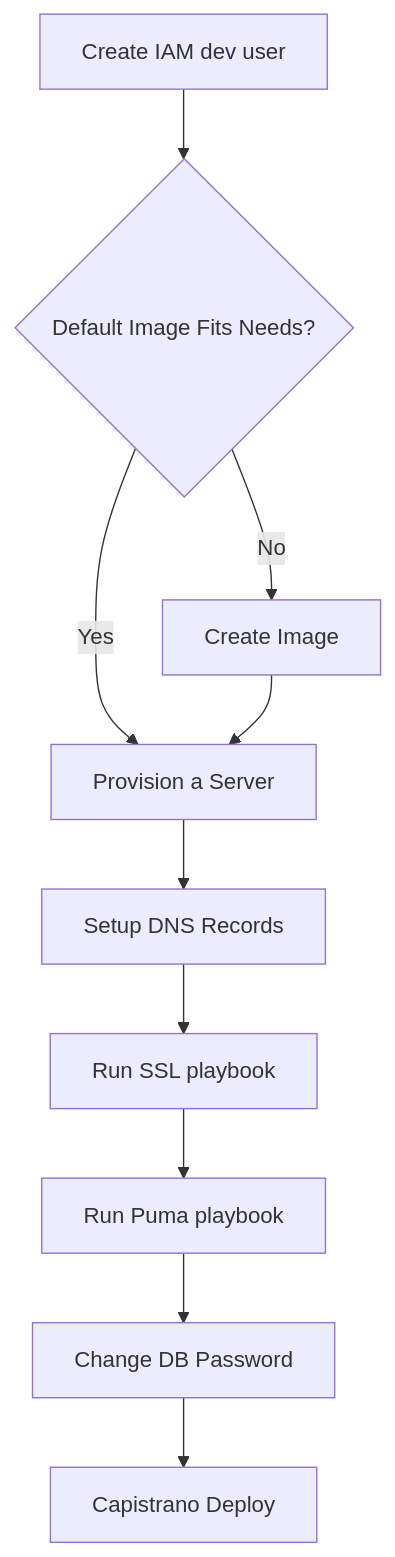
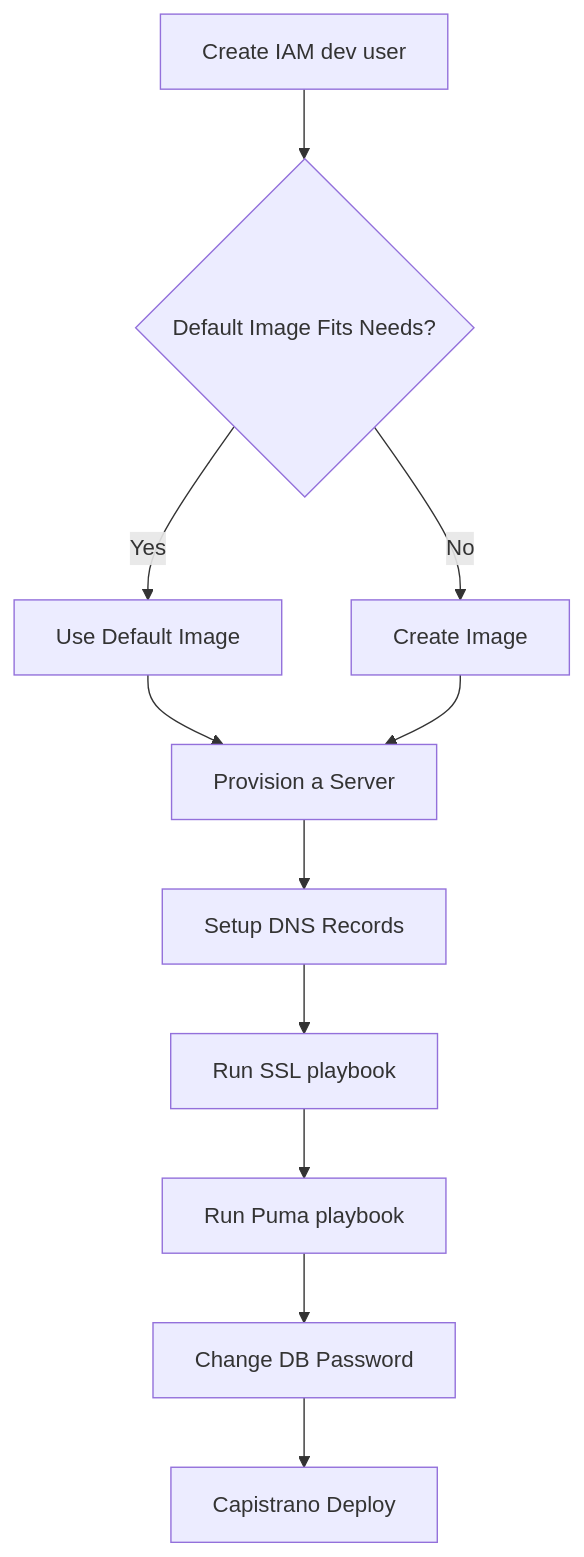
Before and after one commit to bparanj/hivegrid.dev: the seventh of 8 diagrams in README.md, drawn with Mermaid.

Commit message:
Revise image

````diff
--- a/README.md
+++ b/README.md
@@ -323,12 +323,13 @@
 ```mermaid
 graph TD
     A[Create IAM dev user] --> B{Default Image Fits Needs?}
-    B -->|Yes| C[Provision a Server]
+    B -->|Yes| C[Use Default Image]
     B -->|No| D[Create Image]
-    D --> C
-    C --> E[Setup DNS Records]
-    E --> F[Run SSL playbook]
-    F --> G[Run Puma playbook]
-    G --> H[Change DB Password]
-    H --> I[Capistrano Deploy]
+    C --> E[Provision a Server]
+    D --> E
+    E --> F[Setup DNS Records]
+    F --> G[Run SSL playbook]
+    G --> H[Run Puma playbook]
+    H --> I[Change DB Password]
+    I --> J[Capistrano Deploy]
 ```
````
